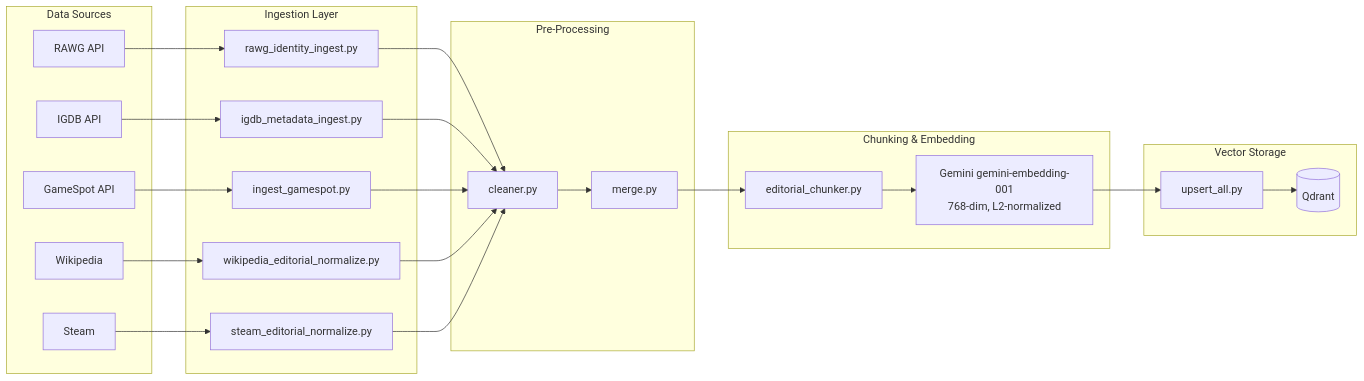
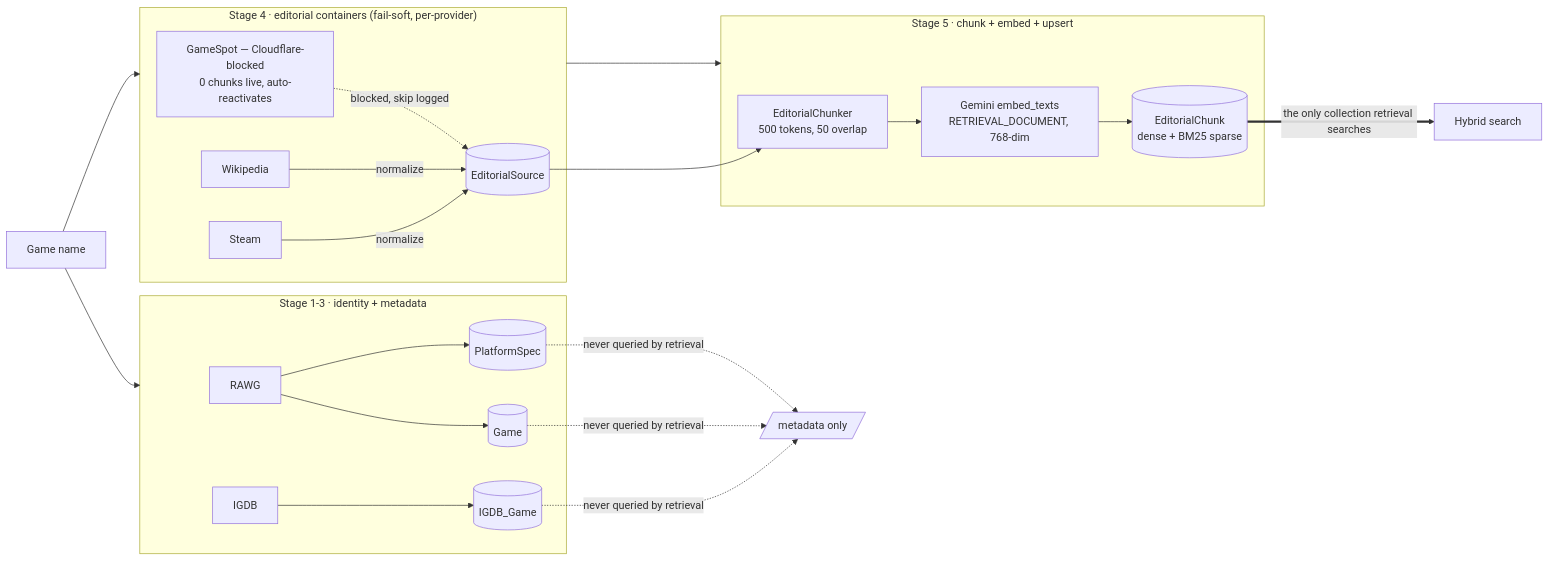
Before and after one commit to SukeshShetty1010/RAGent: the second of 2 diagrams in README.md, drawn with Mermaid. The commit also changed other lines of this file and 7 other files, not shown here.

````diff
--- a/README.md
+++ b/README.md
@@ -86,40 +284,34 @@
 ```mermaid
 flowchart LR
-    subgraph Sources["Data Sources"]
-        RAWG[RAWG API]
-        IGDB[IGDB API]
-        GS[GameSpot API]
+    G[Game name] --> ST1
+
+    subgraph ST1["Stage 1-3 · identity + metadata"]
+        RAWG[RAWG] --> GAME[(Game)]
+        IGDB[IGDB] --> IGDBC[(IGDB_Game)]
+        RAWG --> PLAT[(PlatformSpec)]
+    end
+
+    G --> ST2
+
+    subgraph ST2["Stage 4 · editorial containers (fail-soft, per-provider)"]
+        GS["GameSpot — Cloudflare-blocked<br/>0 chunks live, auto-reactivates"]
         WIKI[Wikipedia]
         STEAM[Steam]
+        GS -.->|blocked, skip logged| EDS
+        WIKI -->|normalize| EDS[(EditorialSource)]
+        STEAM -->|normalize| EDS
     end
-    
-    subgraph Ingest["Ingestion Layer"]
-        RI[rawg_identity_ingest.py]
-        II[igdb_metadata_ingest.py]
-        GI[ingest_gamespot.py]
-        WE[wikipedia_editorial_normalize.py]
-        SE[steam_editorial_normalize.py]
+
+    ST2 --> ST3
+
+    subgraph ST3["Stage 5 · chunk + embed + upsert"]
+        CHUNK["EditorialChunker<br/>500 tokens, 50 overlap"]
+        EMB["Gemini embed_texts<br/>RETRIEVAL_DOCUMENT, 768-dim"]
+        EDS --> CHUNK --> EMB --> EC[(EditorialChunk<br/>dense + BM25 sparse)]
     end
-    
-    subgraph PreProcess["Pre-Processing"]
-        CL[cleaner.py]
-        MG[merge.py]
-    end
-    
-    subgraph Chunking["Chunking & Embedding"]
-        CH[editorial_chunker.py]
-        EM[Gemini gemini-embedding-001<br/>768-dim, L2-normalized]
-    end
-    
-    subgraph Vector["Vector Storage"]
-        UP[upsert_all.py]
-        WV[(Qdrant)]
-    end
-    
-    RAWG --> RI --> CL
-    IGDB --> II --> CL
-    GS --> GI --> CL
-    WIKI --> WE --> CL
-    STEAM --> SE --> CL
-    CL --> MG --> CH --> EM --> UP --> WV
+
+    GAME -.->|never queried by retrieval| NOTE1[/metadata only/]
+    IGDBC -.->|never queried by retrieval| NOTE1
+    PLAT -.->|never queried by retrieval| NOTE1
+    EC ==>|the only collection retrieval searches| RETR[Hybrid search]
 ```
````
